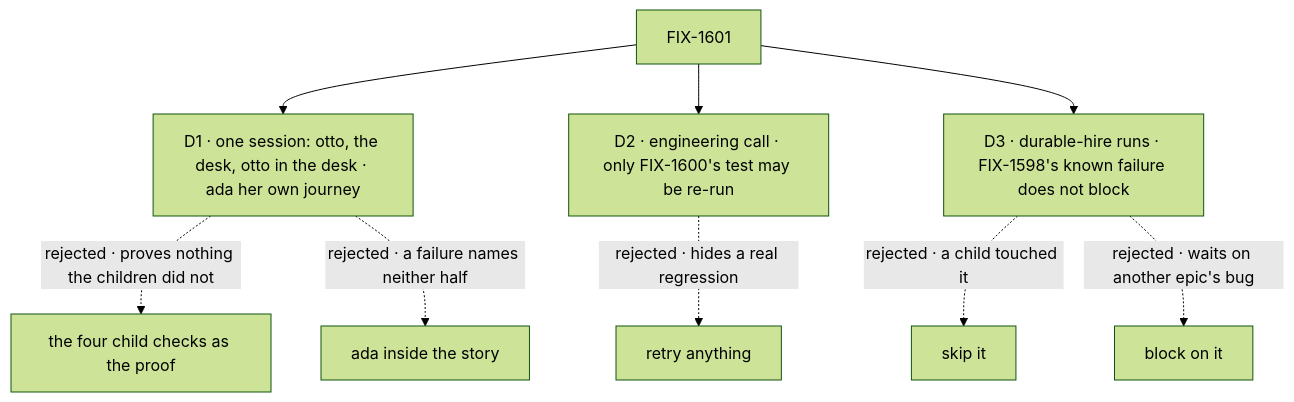
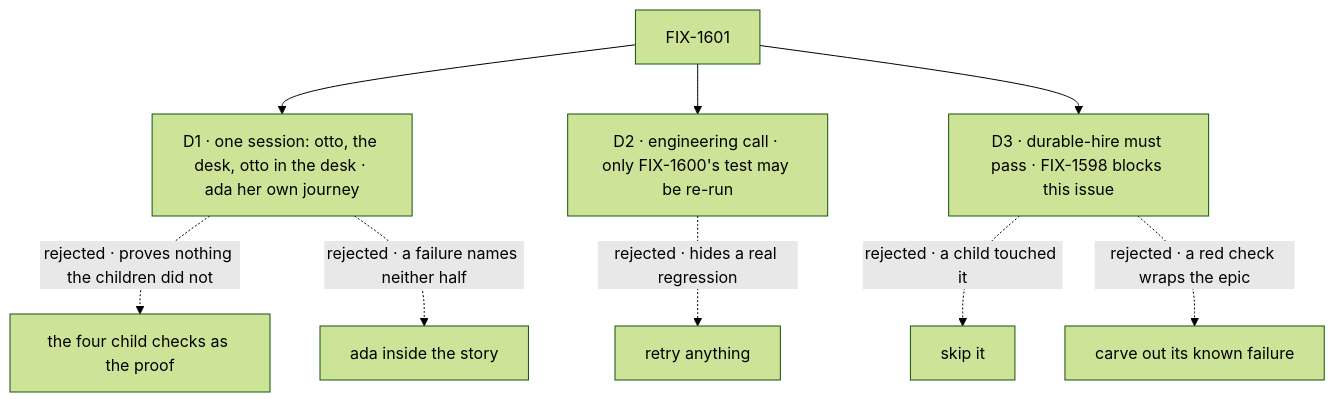
The diagram in specs/issues/FIX-1601/DECISIONS.md (fixpoint-labs/flow-state-dev), drawn with Mermaid (forest theme) before and after one commit. The commit also changed other lines of this file and 4 other files, not shown here.

First line of the commit message:
spec(FIX-1601): durable-hire must pass; gate the run on FIX-1598 and #2289

````diff
--- a/specs/issues/FIX-1601/DECISIONS.md
+++ b/specs/issues/FIX-1601/DECISIONS.md
@@ -11,11 +11,11 @@
 ```mermaid
 flowchart TD
   I["FIX-1601"] --> D1["D1 · one session: otto, the desk, otto in the desk · ada her own journey"]
   D1 -.->|"rejected · proves nothing the children did not"| X1a["the four child checks as the proof"]
   D1 -.->|"rejected · a failure names neither half"| X1b["ada inside the story"]
   I --> D2["D2 · engineering call · only FIX-1600's test may be re-run"]
   D2 -.->|"rejected · hides a real regression"| X2["retry anything"]
-  I --> D3["D3 · durable-hire runs · FIX-1598's known failure does not block"]
+  I --> D3["D3 · durable-hire must pass · FIX-1598 blocks this issue"]
   D3 -.->|"rejected · a child touched it"| X3a["skip it"]
-  D3 -.->|"rejected · waits on another epic's bug"| X3b["block on it"]
+  D3 -.->|"rejected · a red check wraps the epic"| X3b["carve out its known failure"]
 ```
````
